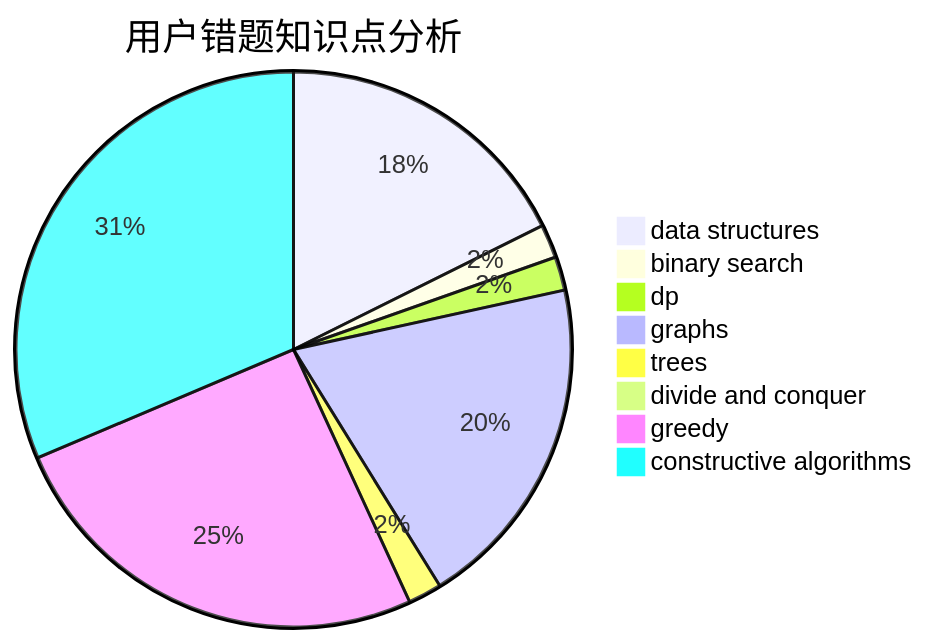
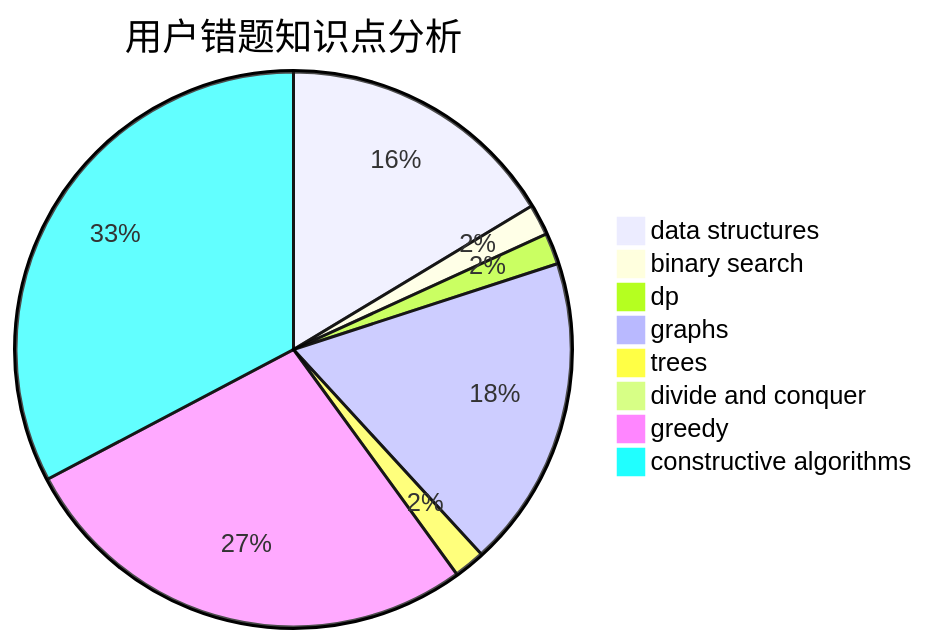
The third of 3 diagrams in docs/user/u2444.md (sherpahu/cfrs.github.io), drawn with Mermaid before and after one commit. The commit also changed other lines of this file and 2770 other files, not shown here.

````diff
--- a/docs/user/u2444.md
+++ b/docs/user/u2444.md
@@ -36,11 +36,11 @@
 ```mermaid
 pie title 用户错题知识点分析
     "data structures" :  9
     "binary search" :  1
     "dp" :  1
     "graphs" :  10
     "trees" :  1
     "divide and conquer" :  0
-    "greedy" :  13
-    "constructive algorithms" :  16
+    "greedy" :  15
+    "constructive algorithms" :  18
 ```
````
